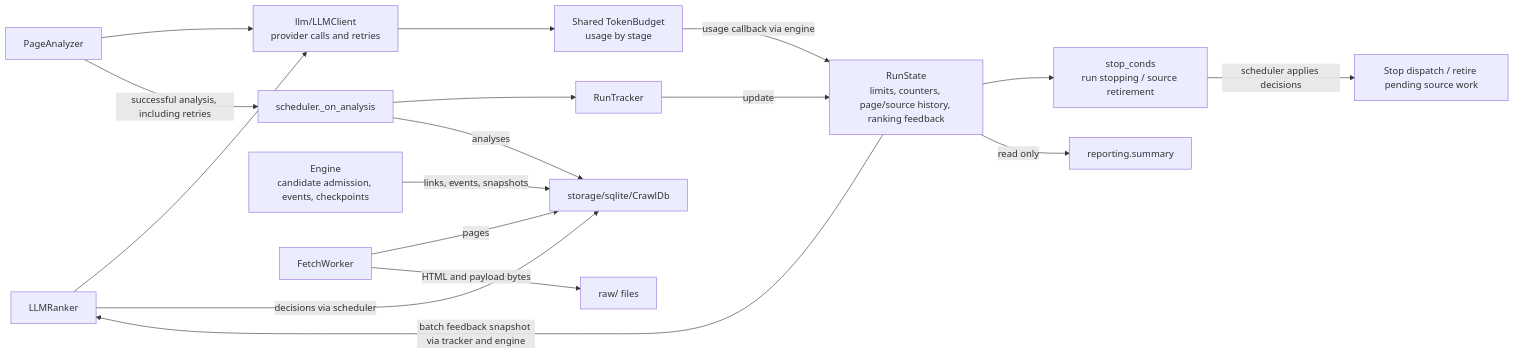
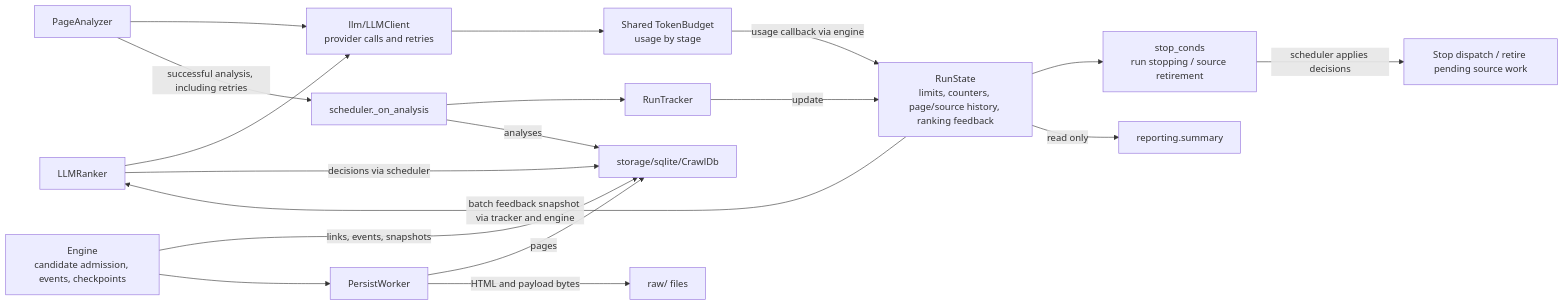
Before and after one commit to shixuan/crawl-me-maybe: the second of 2 diagrams in docs/arch.md, drawn with Mermaid. The commit also changed other lines of this file and 10 other files, not shown here.

Commit message:
refactor(scheduler): separate persistence worker

````diff
--- a/docs/arch.md
+++ b/docs/arch.md
@@ -183,21 +185,22 @@
 ```mermaid
 flowchart LR
     ranker[LLMRanker] --> clients["llm/LLMClient<br>provider calls and retries"]
     analyzer[PageAnalyzer] --> clients
     clients --> budget["Shared TokenBudget<br>usage by stage"]
 
     analyzer -->|successful analysis, including retries| sink["scheduler._on_analysis"]
     sink --> tracker[RunTracker]
     tracker -->|update| state["RunState<br>limits, counters, page/source history, ranking feedback"]
     state -->|batch feedback snapshot via tracker and engine| ranker
     state --> policies["stop_conds<br>run stopping / source retirement"]
     budget -->|usage callback via engine| state
     policies -->|scheduler applies decisions| control["Stop dispatch / retire pending source work"]
 
     ranker -->|decisions via scheduler| storage["storage/sqlite/CrawlDb"]
     sink -->|analyses| storage
     scheduler["Engine<br>candidate admission, events, checkpoints"] -->|links, events, snapshots| storage
-    fetchworker[FetchWorker] -->|pages| storage
-    fetchworker -->|HTML and payload bytes| raw["raw/ files"]
+    scheduler --> persistence[PersistWorker]
+    persistence -->|pages| storage
+    persistence -->|HTML and payload bytes| raw["raw/ files"]
     state -->|read only| report["reporting.summary"]
 ```
````
